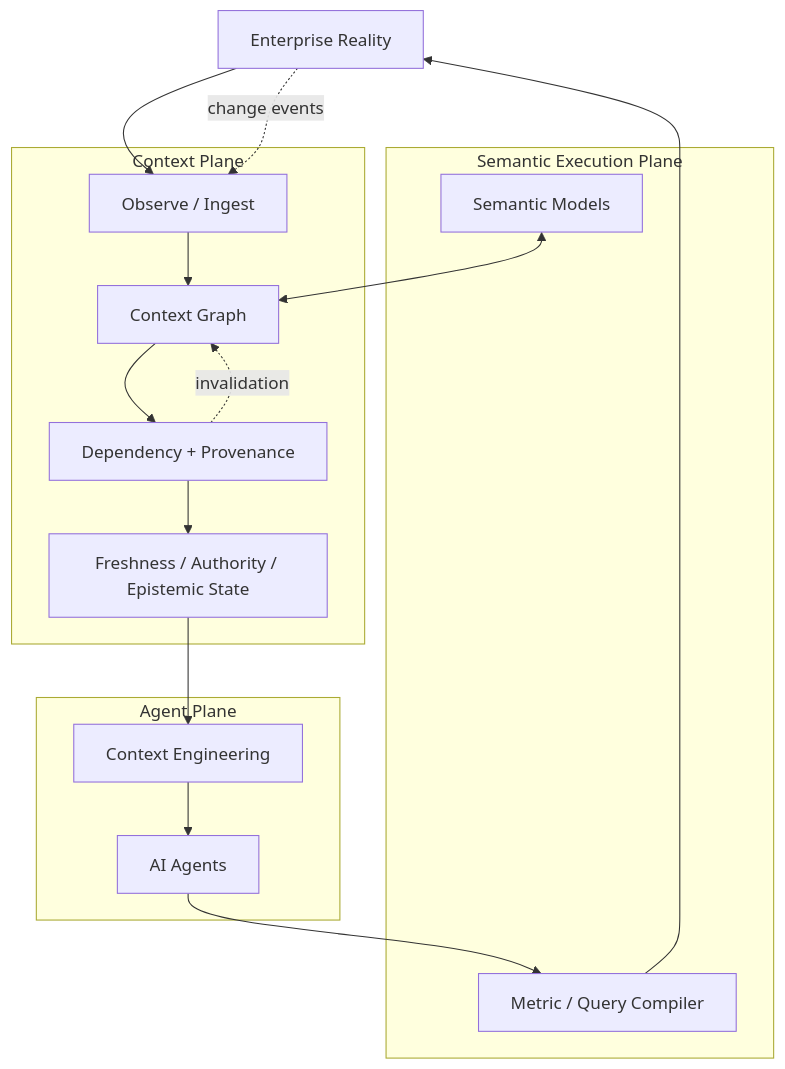
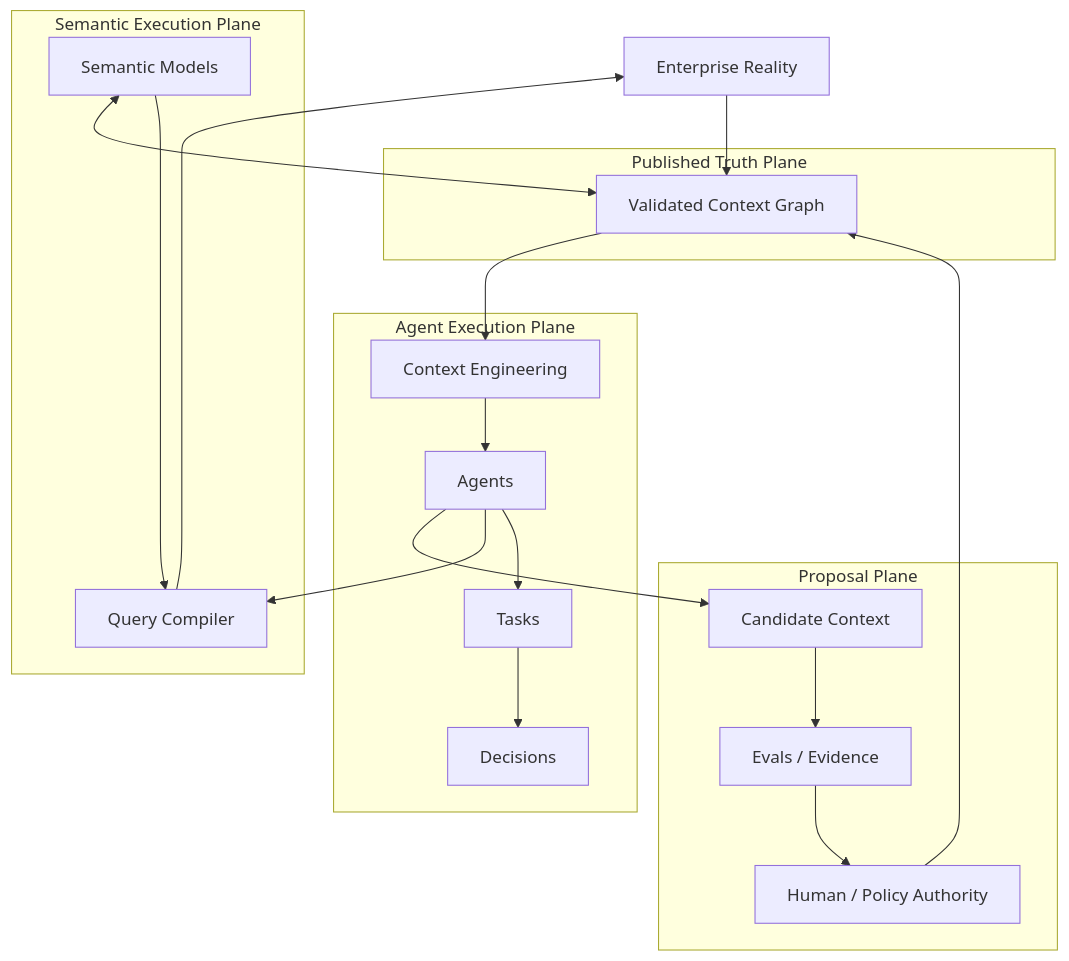
The first of 2 diagrams in README.md (XiaoWeiKIN/datahub-research), drawn with Mermaid before and after one commit. The commit also changed other lines of this file, not shown here.

Commit message:
docs: add proposal truth boundary for agent write-back

````diff
--- a/README.md
+++ b/README.md
@@ -38,32 +28,40 @@
 ```mermaid
 flowchart TB
     REAL[Enterprise Reality]
 
-    subgraph CTX["Context Plane"]
-        OBS[Observe / Ingest]
-        CG[Context Graph]
-        DEP[Dependency + Provenance]
-        TRUST[Freshness / Authority / Epistemic State]
+    subgraph TRUTH["Published Truth Plane"]
+        CTX[Validated Context Graph]
+    end
+
+    subgraph PROP["Proposal Plane"]
+        CAND[Candidate Context]
+        EVAL[Evals / Evidence]
+        REVIEW[Human / Policy Authority]
     end
 
     subgraph SEM["Semantic Execution Plane"]
-        SM[Semantic Models]
-        QC[Metric / Query Compiler]
+        MODEL[Semantic Models]
+        QUERY[Query Compiler]
     end
 
-    subgraph AGENT["Agent Plane"]
+    subgraph EXEC["Agent Execution Plane"]
+        AG[Agents]
+        TASK[Tasks]
+        DEC[Decisions]
         CE[Context Engineering]
-        A[AI Agents]
     end
 
-    REAL --> OBS --> CG
-    CG --> DEP --> TRUST
-    SM <--> CG
+    REAL --> CTX
+    CTX --> CE --> AG
 
-    TRUST --> CE --> A
-    A --> QC
-    QC --> REAL
+    AG --> CAND
+    CAND --> EVAL --> REVIEW --> CTX
 
-    REAL -.change events.-> OBS
-    DEP -.invalidation.-> CG
+    MODEL <--> CTX
+    AG --> QUERY
+    MODEL --> QUERY
+    QUERY --> REAL
+
+    AG --> TASK
+    TASK --> DEC
 ```
````
